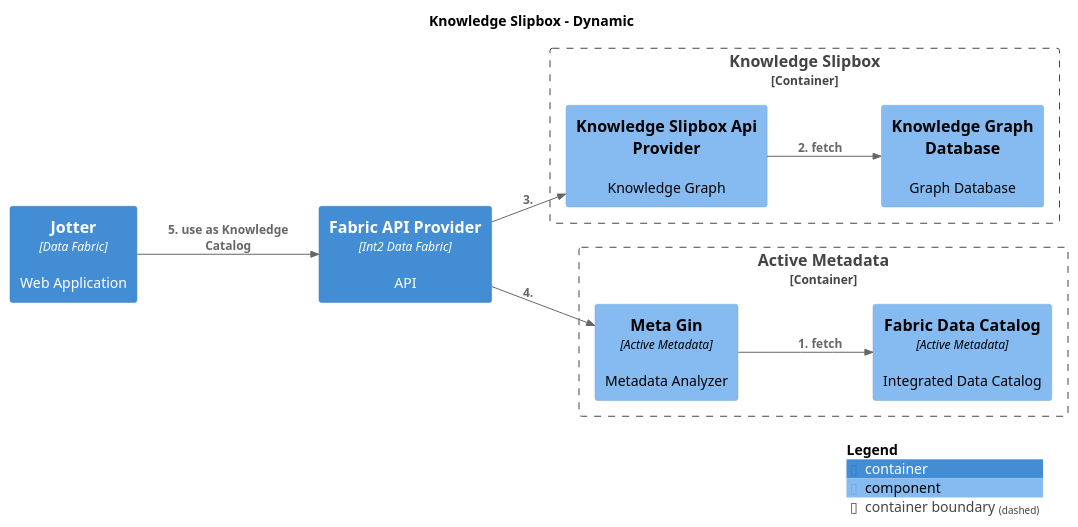
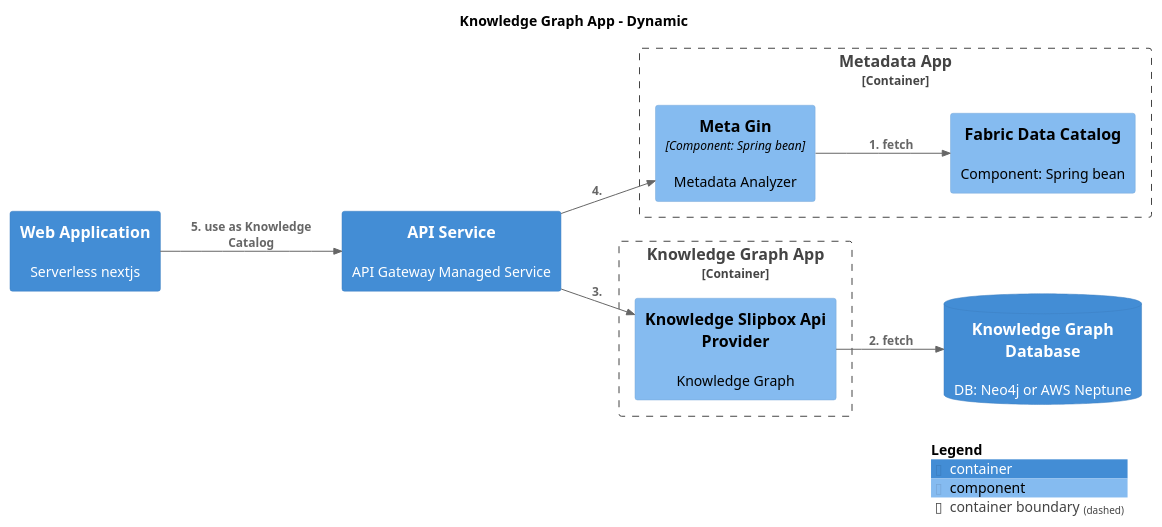
Before and after one commit to IntellectusCorp/data-fabric-docs: the diagram in master/puml/KnowledgeCatalog.puml, drawn with PlantUML. The commit also changed 58 other files, not shown here.

Commit message:
Deploying to gh-pages from @ IntellectusCorp/data-fabric-docs@6fe2c705cf91e71a90d225bd5430bb5853dd053f 🚀

```diff
--- a/master/puml/KnowledgeCatalog.puml
+++ b/master/puml/KnowledgeCatalog.puml
@@ -1,32 +1,32 @@
 @startuml
 set separator none
-title Knowledge Slipbox - Dynamic
+title Knowledge Graph App - Dynamic
 
 left to right direction
 
 !include <C4/C4>
 !include <C4/C4_Context>
 !include <C4/C4_Container>
 !include <C4/C4_Component>
 
-Container_Boundary("DataFabric.KnowledgeSlipbox_boundary", "Knowledge Slipbox", $tags="") {
-  Component(DataFabric.KnowledgeSlipbox.KnowledgeGraphDatabase, "Knowledge Graph Database", $techn="", $descr="Graph Database", $tags="", $link="")
-  Component(DataFabric.KnowledgeSlipbox.KnowledgeSlipboxApiProvider, "Knowledge Slipbox Api Provider", $techn="", $descr="Knowledge Graph", $tags="", $link="")
+Container_Boundary("DataFabric.MetadataApp_boundary", "Metadata App", $tags="") {
+  Component(DataFabric.MetadataApp.MetaGin, "Meta Gin", $techn="Component: Spring bean", $descr="Metadata Analyzer", $tags="", $link="")
+  Component(DataFabric.MetadataApp.FabricDataCatalog, "Fabric Data Catalog", $techn="", $descr="Component: Spring bean", $tags="", $link="")
 }
 
-Container_Boundary("DataFabric.ActiveMetadata_boundary", "Active Metadata", $tags="") {
-  Component(DataFabric.ActiveMetadata.MetaGin, "Meta Gin", $techn="Active Metadata", $descr="Metadata Analyzer", $tags="", $link="")
-  Component(DataFabric.ActiveMetadata.FabricDataCatalog, "Fabric Data Catalog", $techn="Active Metadata", $descr="Integrated Data Catalog", $tags="", $link="")
+Container_Boundary("DataFabric.KnowledgeGraphApp_boundary", "Knowledge Graph App", $tags="") {
+  Component(DataFabric.KnowledgeGraphApp.KnowledgeSlipboxApiProvider, "Knowledge Slipbox Api Provider", $techn="", $descr="Knowledge Graph", $tags="", $link="")
 }
 
-Container(DataFabric.Jotter, "Jotter", $techn="Data Fabric", $descr="Web Application", $tags="", $link="")
-Container(DataFabric.FabricAPIProvider, "Fabric API Provider", $techn="Int2 Data Fabric", $descr="API", $tags="", $link="")
+ContainerDb(DataFabric.KnowledgeGraphDatabase, "Knowledge Graph Database", $techn="", $descr="DB: Neo4j or AWS Neptune", $tags="", $link="")
+Container(DataFabric.WebApplication, "Web Application", $techn="", $descr="Serverless nextjs", $tags="", $link="")
+Container(DataFabric.APIService, "API Service", $techn="", $descr="API Gateway Managed Service", $tags="", $link="")
 
-Rel_D(DataFabric.ActiveMetadata.MetaGin, DataFabric.ActiveMetadata.FabricDataCatalog, "1. fetch", $techn="", $tags="", $link="")
-Rel_D(DataFabric.KnowledgeSlipbox.KnowledgeSlipboxApiProvider, DataFabric.KnowledgeSlipbox.KnowledgeGraphDatabase, "2. fetch", $techn="", $tags="", $link="")
-Rel_D(DataFabric.FabricAPIProvider, DataFabric.KnowledgeSlipbox.KnowledgeSlipboxApiProvider, "3. ", $techn="", $tags="", $link="")
-Rel_D(DataFabric.FabricAPIProvider, DataFabric.ActiveMetadata.MetaGin, "4. ", $techn="", $tags="", $link="")
-Rel_D(DataFabric.Jotter, DataFabric.FabricAPIProvider, "5. use as Knowledge Catalog", $techn="", $tags="", $link="")
+Rel_D(DataFabric.MetadataApp.MetaGin, DataFabric.MetadataApp.FabricDataCatalog, "1. fetch", $techn="", $tags="", $link="")
+Rel_D(DataFabric.KnowledgeGraphApp.KnowledgeSlipboxApiProvider, DataFabric.KnowledgeGraphDatabase, "2. fetch", $techn="", $tags="", $link="")
+Rel_D(DataFabric.APIService, DataFabric.KnowledgeGraphApp.KnowledgeSlipboxApiProvider, "3. ", $techn="", $tags="", $link="")
+Rel_D(DataFabric.APIService, DataFabric.MetadataApp.MetaGin, "4. ", $techn="", $tags="", $link="")
+Rel_D(DataFabric.WebApplication, DataFabric.APIService, "5. use as Knowledge Catalog", $techn="", $tags="", $link="")
 
 SHOW_LEGEND(true)
 @enduml
```
